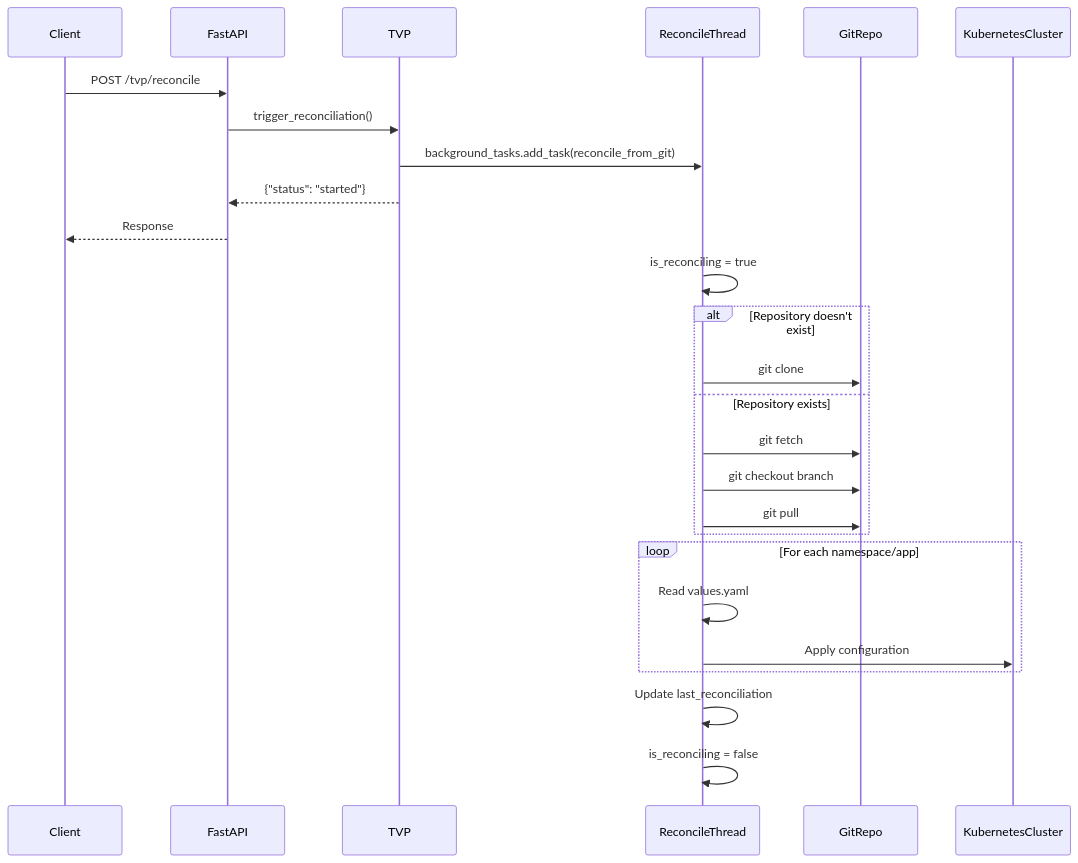
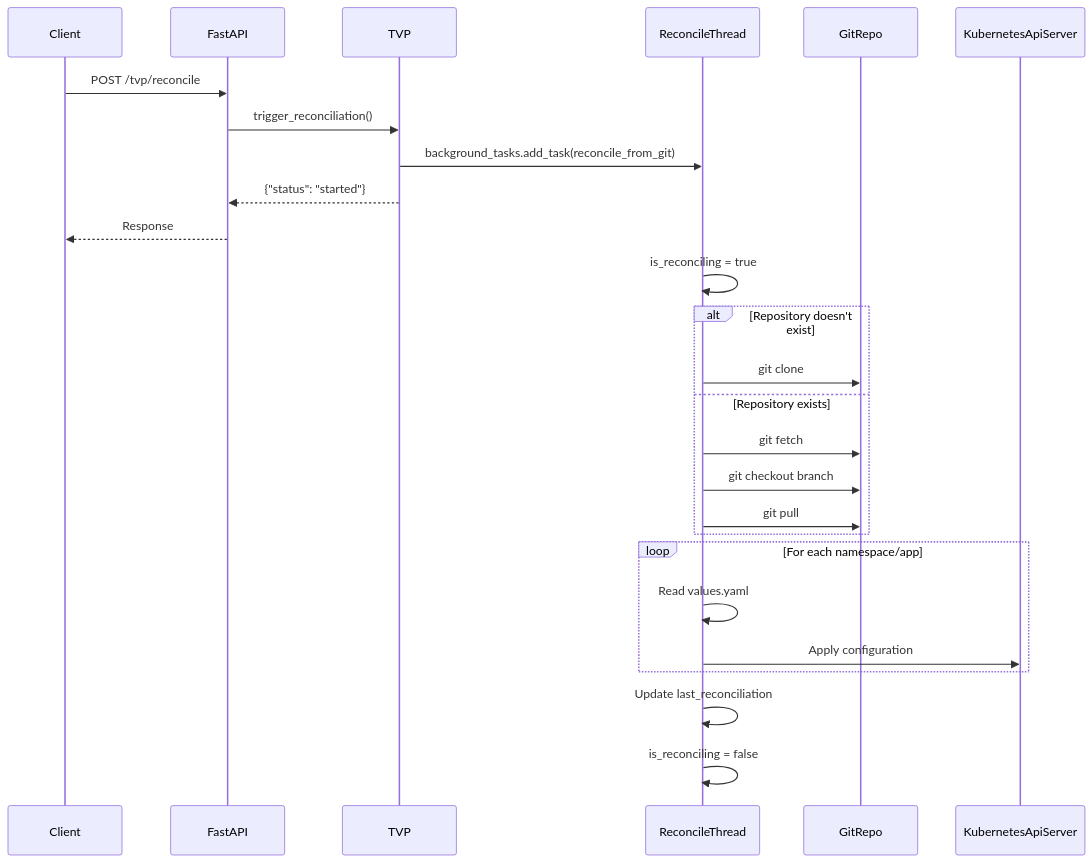
One commit to lloydchang/tvp-k8s changed the diagram in fastapi/mermaid/tvp-reconciliation-sequence.mermaid. Above: the diagram before and after it, drawn with Mermaid. The commit also changed 4 other files, not shown here.

```diff
--- a/fastapi/mermaid/tvp-reconciliation-sequence.mermaid
+++ b/fastapi/mermaid/tvp-reconciliation-sequence.mermaid
@@ -1,31 +1,31 @@
 sequenceDiagram
     participant Client
     participant FastAPI
     participant TVP
     participant ReconcileThread
     participant GitRepo
-    participant KubernetesCluster
+    participant KubernetesApiServer
     
     Client->>FastAPI: POST /tvp/reconcile
     FastAPI->>TVP: trigger_reconciliation()
     TVP->>ReconcileThread: background_tasks.add_task(reconcile_from_git)
     TVP-->>FastAPI: {"status": "started"}
     FastAPI-->>Client: Response
     
     ReconcileThread->>ReconcileThread: is_reconciling = true
     
     alt Repository doesn't exist
         ReconcileThread->>GitRepo: git clone
     else Repository exists
         ReconcileThread->>GitRepo: git fetch
         ReconcileThread->>GitRepo: git checkout branch
         ReconcileThread->>GitRepo: git pull
     end
     
     loop For each namespace/app
         ReconcileThread->>ReconcileThread: Read values.yaml
-        ReconcileThread->>KubernetesCluster: Apply configuration
+        ReconcileThread->>KubernetesApiServer: Apply configuration
     end
     
     ReconcileThread->>ReconcileThread: Update last_reconciliation
     ReconcileThread->>ReconcileThread: is_reconciling = false
```
